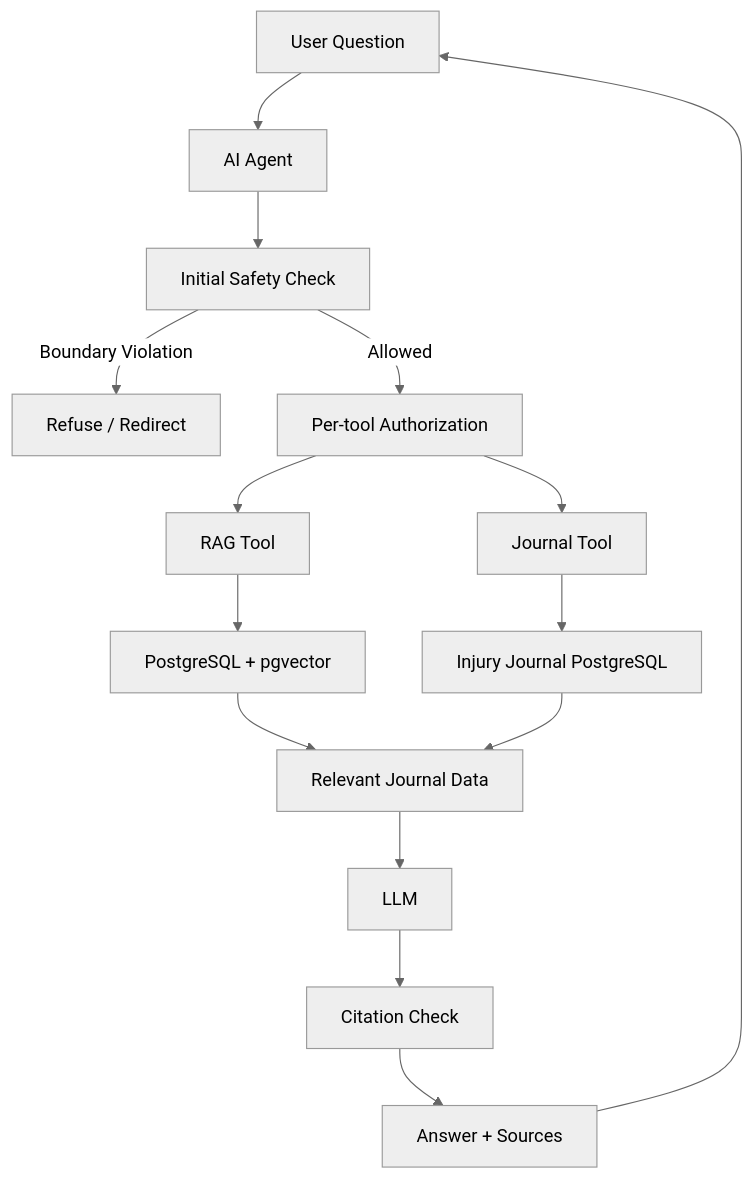
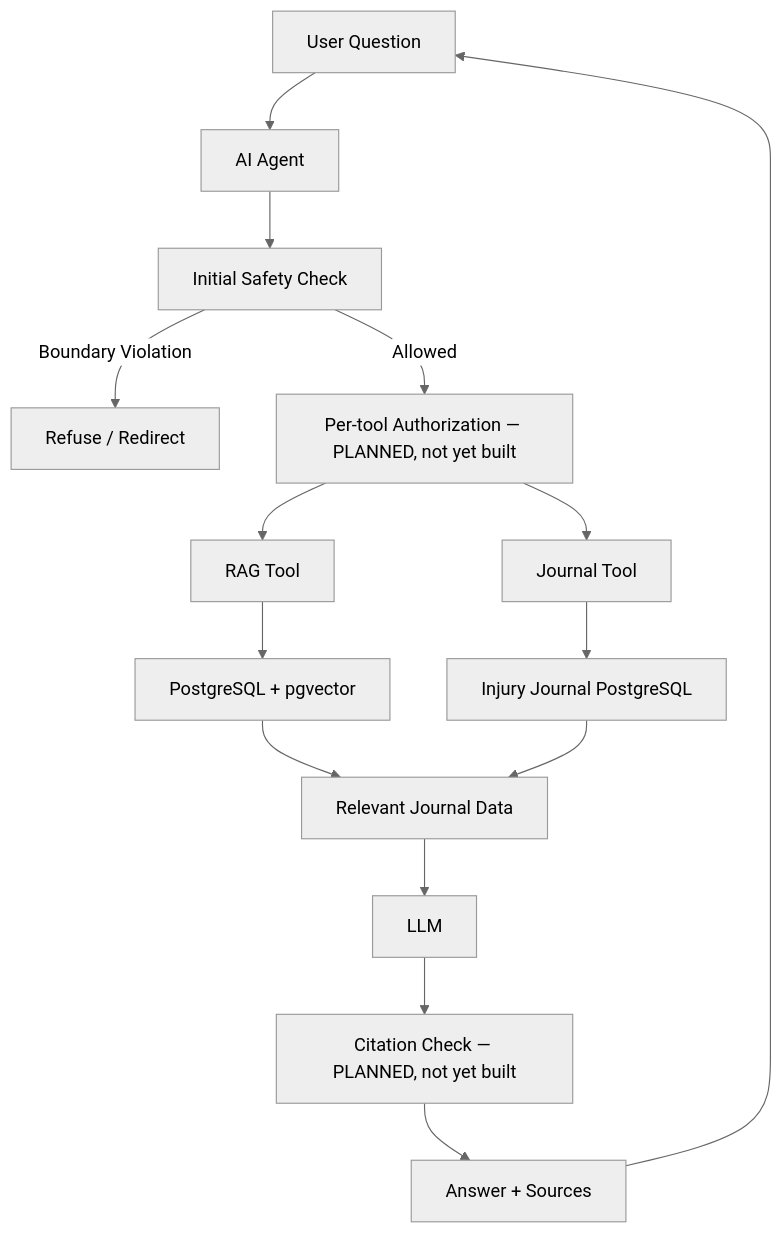
Diagram 11 of 17 in docs/02-architecture.md (sabrahermassi/injury-journal-ai), drawn with Mermaid (neutral theme) before and after one commit. The commit also changed other lines of this file and 4 other files, not shown here.

````diff
--- a/docs/02-architecture.md
+++ b/docs/02-architecture.md
@@ -222,23 +276,23 @@
 ```mermaid
 flowchart TD
     U["User Question"] --> A["AI Agent"]
     A --> S["Initial Safety Check"]
 
     S -->|Boundary Violation| REF["Refuse / Redirect"]
-    S -->|Allowed| AUTH["Per-tool Authorization"]
+    S -->|Allowed| AUTH["Per-tool Authorization — PLANNED, not yet built"]
 
     AUTH --> R["RAG Tool"]
     AUTH --> J["Journal Tool"]
 
     R --> V["PostgreSQL + pgvector"]
     J --> DB["Injury Journal PostgreSQL"]
 
     V --> D["Relevant Journal Data"]
     DB --> D
 
     D --> L["LLM"]
-    L --> C["Citation Check"]
+    L --> C["Citation Check — PLANNED, not yet built"]
     C --> OUT["Answer + Sources"]
 
     OUT --> U
 ```
````
